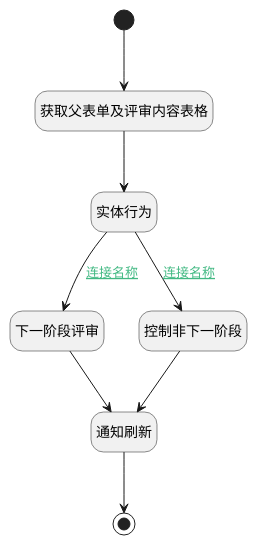
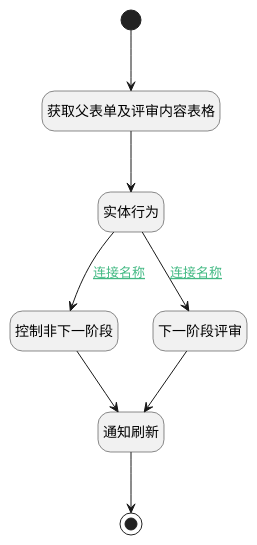
One commit to iBizLab/plm changed the diagram in doc/docsify/module/TestMgmt/review_result/uilogic/pass.md. Above: the diagram before and after it, drawn with PlantUML. The commit also changed other lines of this file and 1473 other files, not shown here.

````diff
--- a/doc/docsify/module/TestMgmt/review_result/uilogic/pass.md
+++ b/doc/docsify/module/TestMgmt/review_result/uilogic/pass.md
@@ -7,30 +7,30 @@
 ```plantuml
 @startuml
 hide footbox
 <style>
 root {
   HyperlinkColor #42b983
 }
 </style>
 
 hide empty description
 state "开始" as Begin <<start>> [[$./pass#begin {开始}]]
-state "下一阶段评审" as RAWJSCODE2  [[$./pass#rawjscode2 {下一阶段评审}]]
-state "控制非下一阶段" as RAWJSCODE3  [[$./pass#rawjscode3 {控制非下一阶段}]]
+state "实体行为" as DEACTION1  [[$./pass#deaction1 {实体行为}]]
 state "结束" as END1 <<end>> [[$./pass#end1 {结束}]]
 state "获取父表单及评审内容表格" as PREPAREJSPARAM1  [[$./pass#preparejsparam1 {获取父表单及评审内容表格}]]
-state "实体行为" as DEACTION1  [[$./pass#deaction1 {实体行为}]]
+state "控制非下一阶段" as RAWJSCODE3  [[$./pass#rawjscode3 {控制非下一阶段}]]
 state "通知刷新" as RAWJSCODE4  [[$./pass#rawjscode4 {通知刷新}]]
+state "下一阶段评审" as RAWJSCODE2  [[$./pass#rawjscode2 {下一阶段评审}]]
 
 
 Begin --> PREPAREJSPARAM1
 PREPAREJSPARAM1 --> DEACTION1
 DEACTION1 --> RAWJSCODE2 : [[$./pass#deaction1-rawjscode2{连接名称} 连接名称]]
 RAWJSCODE2 --> RAWJSCODE4
 RAWJSCODE4 --> END1
 DEACTION1 --> RAWJSCODE3 : [[$./pass#deaction1-rawjscode3{连接名称} 连接名称]]
 RAWJSCODE3 --> RAWJSCODE4
 
 
 @enduml
 ```
````
